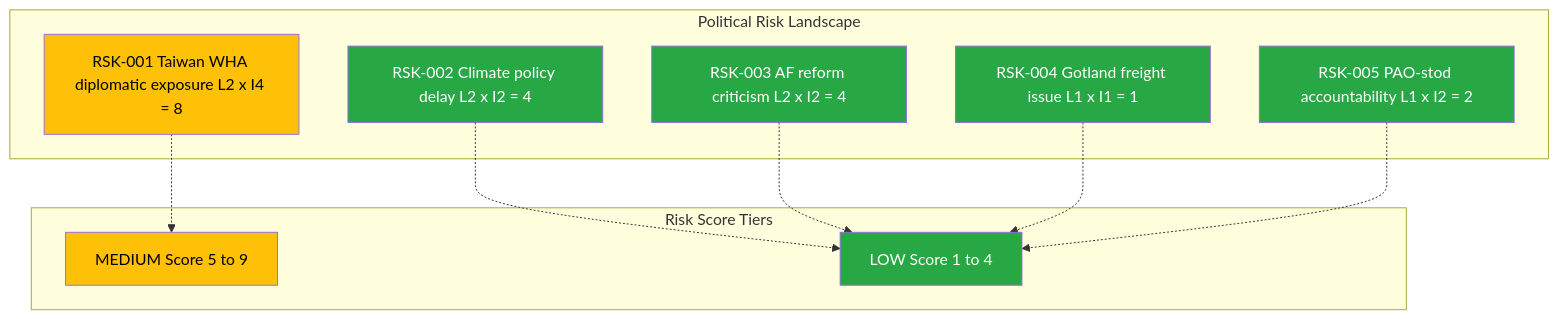
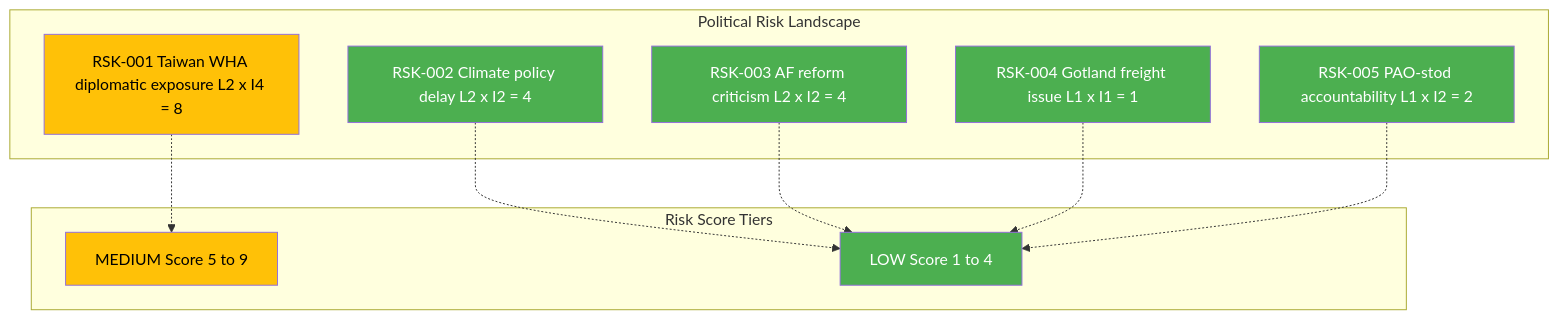
Before and after one commit to Hack23/riksdagsmonitor: the first of 4 diagrams in analysis/daily/2026-04-10/realtime-1026/risk-assessment.md, drawn with Mermaid. The commit also changed other lines of this file and 785 other files, not shown here.

First line of the commit message:
Normalize mermaid colors across 786 analysis artifacts to ISMS Style Guide palette

````diff
--- a/analysis/daily/2026-04-10/realtime-1026/risk-assessment.md
+++ b/analysis/daily/2026-04-10/realtime-1026/risk-assessment.md
@@ -21,29 +21,29 @@
 ```mermaid
 graph TD
     subgraph Political Risk Landscape
         R1[RSK-001 Taiwan WHA diplomatic exposure L2 x I4 = 8]
         R2[RSK-002 Climate policy delay L2 x I2 = 4]
         R3[RSK-003 AF reform criticism L2 x I2 = 4]
         R4[RSK-004 Gotland freight issue L1 x I1 = 1]
         R5[RSK-005 PAO-stod accountability L1 x I2 = 2]
     end
 
     subgraph Risk Score Tiers
         TM[MEDIUM Score 5 to 9]
         TL[LOW Score 1 to 4]
     end
 
     R1 -.-> TM
     R2 -.-> TL
     R3 -.-> TL
     R4 -.-> TL
     R5 -.-> TL
 
-    style R1 fill:#ffc107,color:#000
-    style R2 fill:#28a745,color:#fff
-    style R3 fill:#28a745,color:#fff
-    style R4 fill:#28a745,color:#fff
-    style R5 fill:#28a745,color:#fff
-    style TM fill:#ffc107,color:#000
-    style TL fill:#28a745,color:#fff
+    style R1 fill:#FFC107,color:#000000
+    style R2 fill:#4CAF50,color:#FFFFFF
+    style R3 fill:#4CAF50,color:#FFFFFF
+    style R4 fill:#4CAF50,color:#FFFFFF
+    style R5 fill:#4CAF50,color:#FFFFFF
+    style TM fill:#FFC107,color:#000000
+    style TL fill:#4CAF50,color:#FFFFFF
 ```
````
